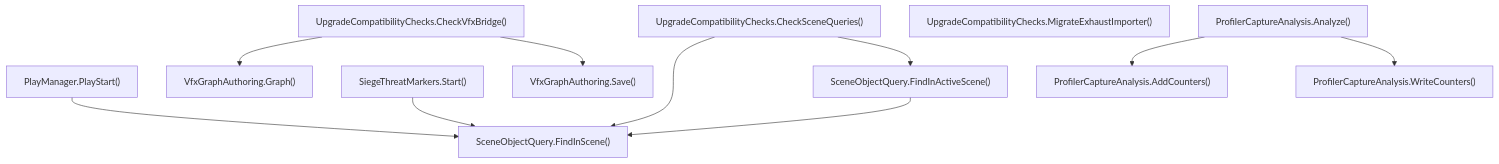
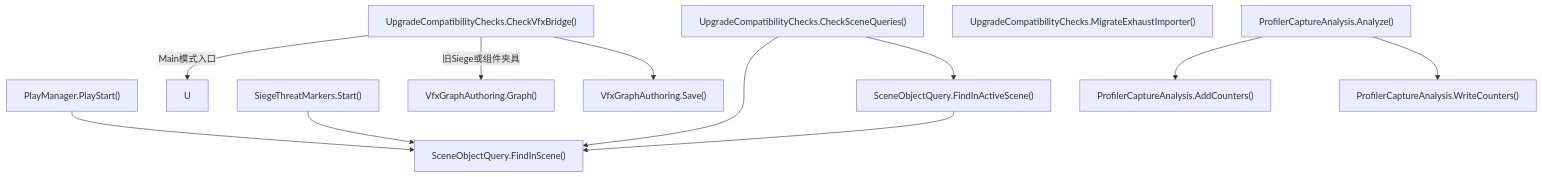
The fifth of 55 diagrams in Docs/RuntimeFlow.md (kukudia/HY-Sandbox), drawn with Mermaid before and after one commit. The commit also changed other lines of this file and 49 other files, not shown here.

````diff
--- a/Docs/RuntimeFlow.md
+++ b/Docs/RuntimeFlow.md
@@ -270,36 +270,37 @@
 ```mermaid
 flowchart TD
     A["PlayManager.PlayStart()"]
-    click A "../Assets/Scripts/Features/Simulation/PlayManager.cs#L100" "打开源码"
+    click A "../Assets/Scripts/Features/Simulation/PlayManager.cs#L109" "打开源码"
     B["SceneObjectQuery.FindInScene()"]
     click B "../Assets/Scripts/Features/Bootstrap/SceneObjectQuery.cs#L15" "打开源码"
     C["SceneObjectQuery.FindInActiveScene()"]
     click C "../Assets/Scripts/Features/Bootstrap/SceneObjectQuery.cs#L9" "打开源码"
     D["SiegeThreatMarkers.Start()"]
     click D "../Assets/Scripts/Features/Siege/Interface/SiegeThreatMarkers.cs#L43" "打开源码"
     E["UpgradeCompatibilityChecks.CheckSceneQueries()"]
     click E "../Assets/Editor/Diagnostics/UpgradeCompatibilityChecks.cs#L131" "打开源码"
     F["UpgradeCompatibilityChecks.CheckVfxBridge()"]
     click F "../Assets/Editor/Diagnostics/UpgradeCompatibilityChecks.cs#L181" "打开源码"
     G["VfxGraphAuthoring.Graph()"]
     click G "../Assets/Editor/Presentation/Effects/VfxGraphAuthoring.cs#L71" "打开源码"
     H["VfxGraphAuthoring.Save()"]
     click H "../Assets/Editor/Presentation/Effects/VfxGraphAuthoring.cs#L79" "打开源码"
     I["UpgradeCompatibilityChecks.MigrateExhaustImporter()"]
     click I "../Assets/Editor/Diagnostics/UpgradeCompatibilityChecks.cs#L227" "打开源码"
     J["ProfilerCaptureAnalysis.Analyze()"]
     click J "../Assets/Editor/Diagnostics/ProfilerCaptureAnalysis.cs#L27" "打开源码"
     K["ProfilerCaptureAnalysis.AddCounters()"]
     click K "../Assets/Editor/Diagnostics/ProfilerCaptureAnalysis.cs#L204" "打开源码"
     L["ProfilerCaptureAnalysis.WriteCounters()"]
     click L "../Assets/Editor/Diagnostics/ProfilerCaptureAnalysis.cs#L260" "打开源码"
     A --> B
     C --> B
     D --> B
     E --> B
     E --> C
-    F --> G
+    F -->|Main模式入口| U
+    F -->|旧Siege或组件夹具| G
     F --> H
     J --> K
     J --> L
 ```
````
